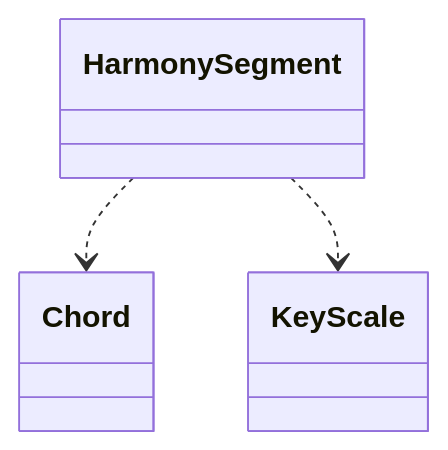
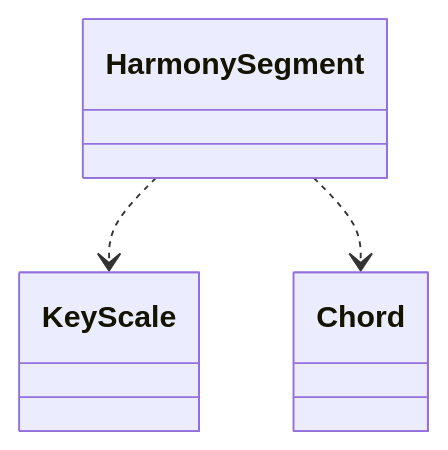
The seventh of 39 diagrams in test/test.md (schnock-art/project_inspector), drawn with Mermaid before and after one commit. The commit also changed other lines of this file and 1 other file, not shown here.

Commit message:
Removed empty mermaid

````diff
--- a/test/test.md
+++ b/test/test.md
@@ -239,5 +239,5 @@
 ```mermaid
 classDiagram
+HarmonySegment ..> KeyScale
 HarmonySegment ..> Chord
-HarmonySegment ..> KeyScale
 ```
````
